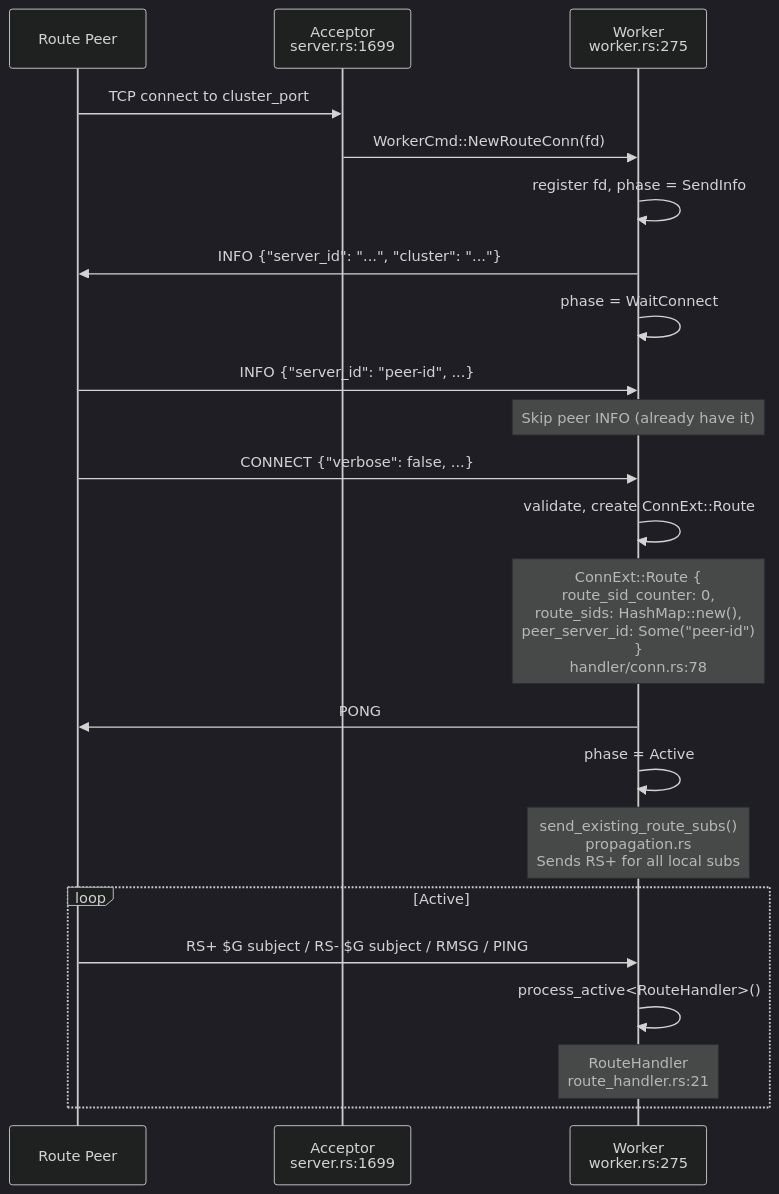
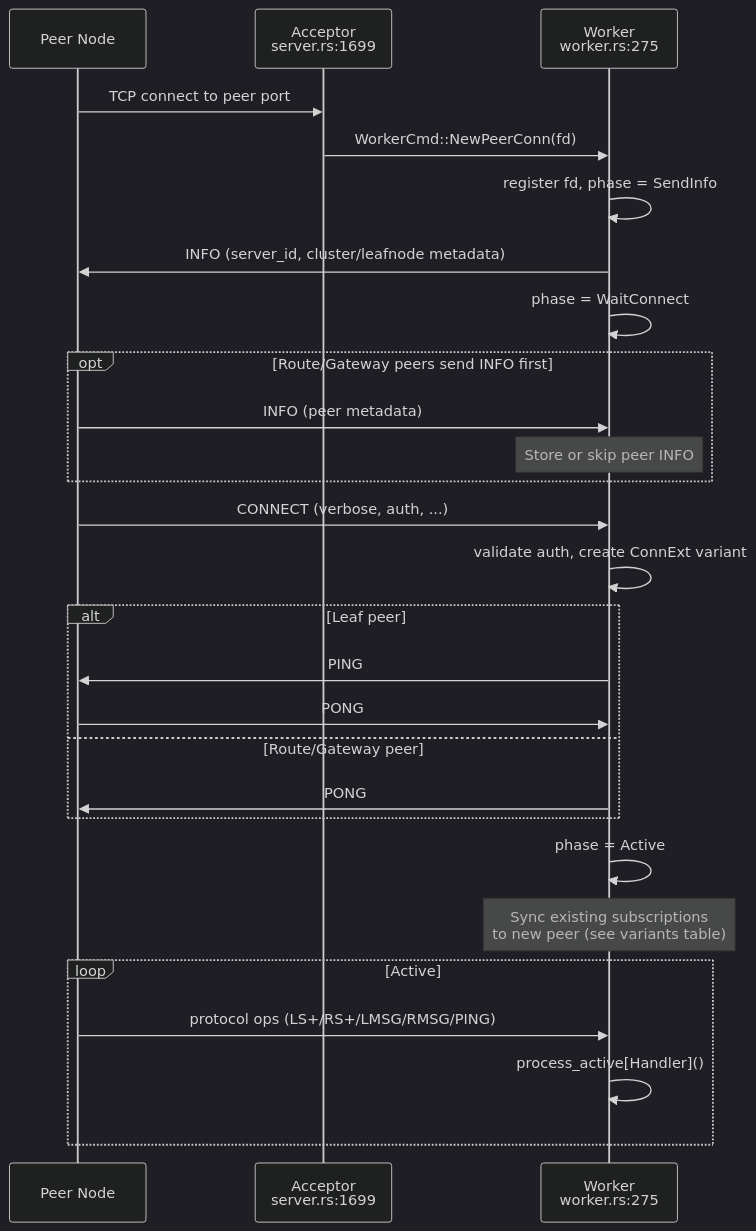
One commit to kamalgs/nats-leaf-node-gateway changed the eighth of 9 diagrams in docs/lld.md. Above: the diagram before and after it, drawn with Mermaid (dark theme). The commit also changed other lines of this file and 19 other files, not shown here.

First line of the commit message:
Rename types for clarity and fix LLD mermaid diagrams (#27)

````diff
--- a/docs/lld.md
+++ b/docs/lld.md
@@ -536,30 +472,37 @@
 ```mermaid
 sequenceDiagram
-    participant Peer as Route Peer
+    participant Peer as Peer Node
     participant A as Acceptor<br/>server.rs:1699
     participant W as Worker<br/>worker.rs:275
 
-    Peer->>A: TCP connect to cluster_port
-    A->>W: WorkerCmd::NewRouteConn(fd)
+    Peer->>A: TCP connect to peer port
+    A->>W: WorkerCmd::NewPeerConn(fd)
     W->>W: register fd, phase = SendInfo
 
-    W->>Peer: INFO {"server_id": "...", "cluster": "..."}
+    W->>Peer: INFO (server_id, cluster/leafnode metadata)
     W->>W: phase = WaitConnect
 
-    Peer->>W: INFO {"server_id": "peer-id", ...}
-    Note over W: Skip peer INFO (already have it)
-    Peer->>W: CONNECT {"verbose": false, ...}
-    W->>W: validate, create ConnExt::Route
-    Note over W: ConnExt::Route {<br/>  route_sid_counter: 0,<br/>  route_sids: HashMap::new(),<br/>  peer_server_id: Some("peer-id")<br/>}<br/>handler/conn.rs:78
+    opt Route/Gateway peers send INFO first
+        Peer->>W: INFO (peer metadata)
+        Note over W: Store or skip peer INFO
+    end
 
-    W->>Peer: PONG
+    Peer->>W: CONNECT (verbose, auth, ...)
+    W->>W: validate auth, create ConnExt variant
+
+    alt Leaf peer
+        W->>Peer: PING
+        Peer->>W: PONG
+    else Route/Gateway peer
+        W->>Peer: PONG
+    end
+
     W->>W: phase = Active
 
-    Note over W: send_existing_route_subs()<br/>propagation.rs<br/>Sends RS+ for all local subs
+    Note over W: Sync existing subscriptions<br/>to new peer (see variants table)
 
     loop Active
-        Peer->>W: RS+ $G subject / RS- $G subject / RMSG / PING
-        W->>W: process_active<RouteHandler>()
-        Note over W: RouteHandler<br/>route_handler.rs:21
+        Peer->>W: protocol ops (LS+/RS+/LMSG/RMSG/PING)
+        W->>W: process_active[Handler]()
     end
 ```
````
